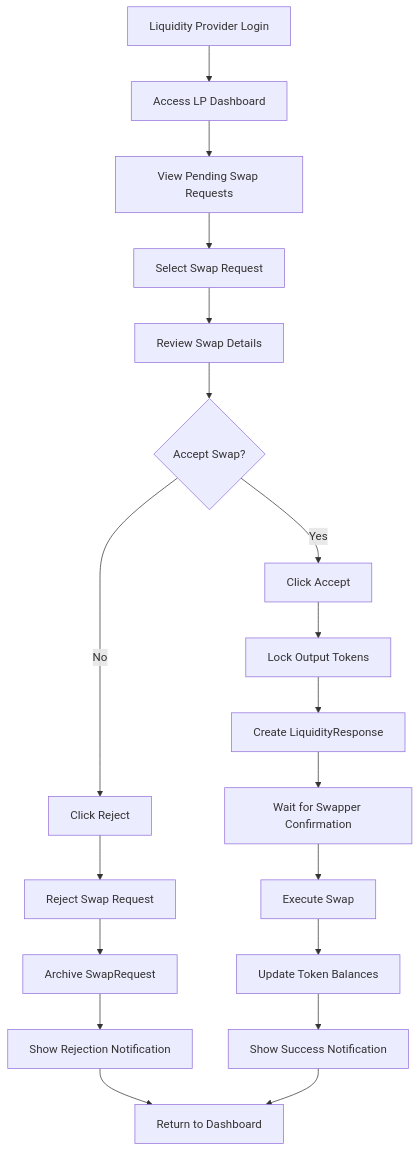
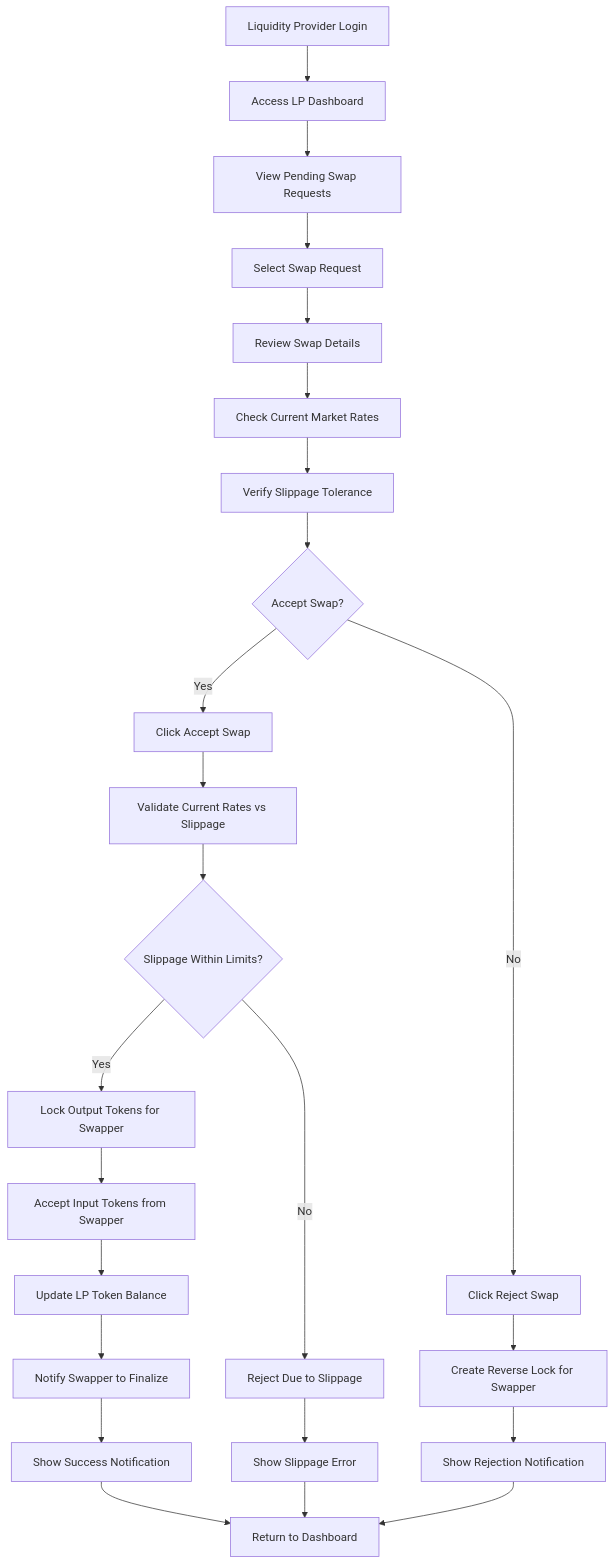
Diagram 12 of 24 in USER_FLOW_CHART.md (anhlh2311/daml-exchange), drawn with Mermaid before and after one commit. The commit also changed other lines of this file and 3 other files, not shown here.

Commit message:
doc: update Workflow, User stories, User flow chart based on the updated design of Swap

````diff
--- a/USER_FLOW_CHART.md
+++ b/USER_FLOW_CHART.md
@@ -269,21 +278,26 @@
 ```mermaid
 flowchart TD
     A[Liquidity Provider Login] --> B[Access LP Dashboard]
     B --> C[View Pending Swap Requests]
     C --> D[Select Swap Request]
     D --> E[Review Swap Details]
-    E --> F{Accept Swap?}
-    F -->|Yes| G[Click Accept]
-    F -->|No| H[Click Reject]
-    G --> I[Lock Output Tokens]
-    H --> J[Reject Swap Request]
-    I --> K[Create LiquidityResponse]
-    J --> L[Archive SwapRequest]
-    K --> M[Wait for Swapper Confirmation]
-    L --> N[Show Rejection Notification]
-    M --> O[Execute Swap]
-    N --> P[Return to Dashboard]
-    O --> Q[Update Token Balances]
-    Q --> R[Show Success Notification]
-    R --> P
+    E --> F[Check Current Market Rates]
+    F --> G[Verify Slippage Tolerance]
+    G --> H{Accept Swap?}
+    H -->|Yes| I[Click Accept Swap]
+    H -->|No| J[Click Reject Swap]
+    I --> K[Validate Current Rates vs Slippage]
+    J --> L[Create Reverse Lock for Swapper]
+    K --> M{Slippage Within Limits?}
+    M -->|Yes| N[Lock Output Tokens for Swapper]
+    M -->|No| O[Reject Due to Slippage]
+    N --> P[Accept Input Tokens from Swapper]
+    O --> Q[Show Slippage Error]
+    P --> R[Update LP Token Balance]
+    L --> S[Show Rejection Notification]
+    R --> T[Notify Swapper to Finalize]
+    Q --> U[Return to Dashboard]
+    S --> U
+    T --> V[Show Success Notification]
+    V --> U
 ```
````
